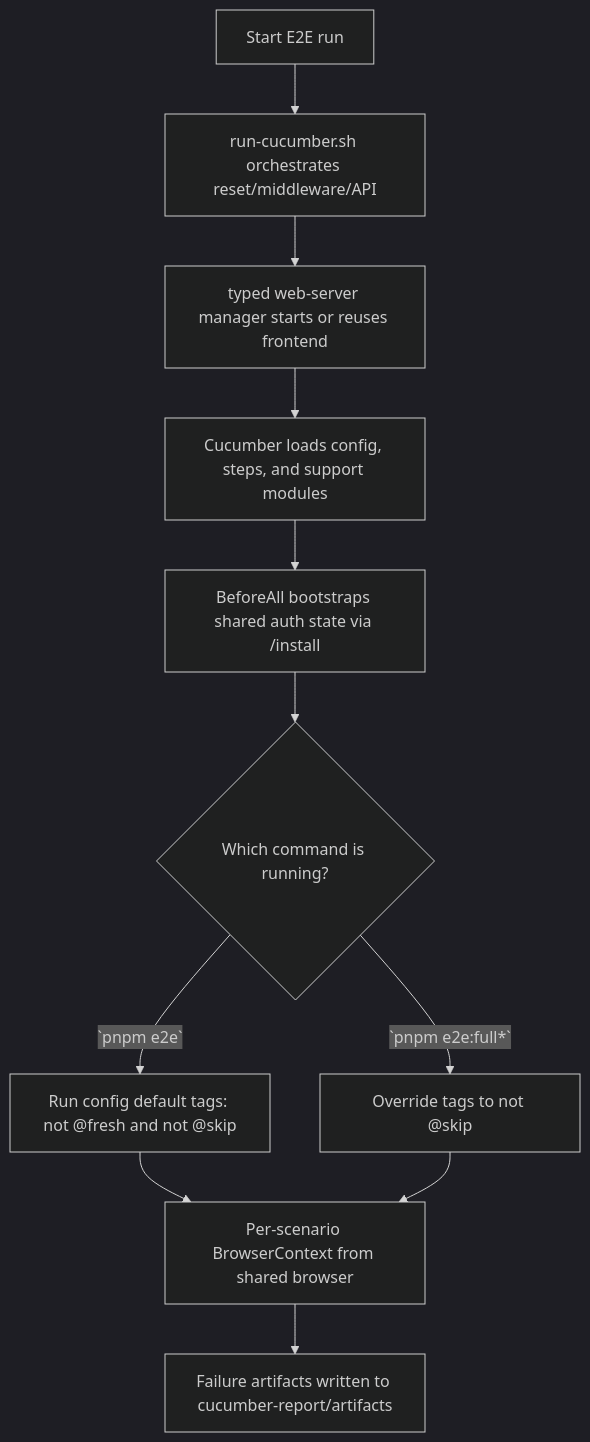
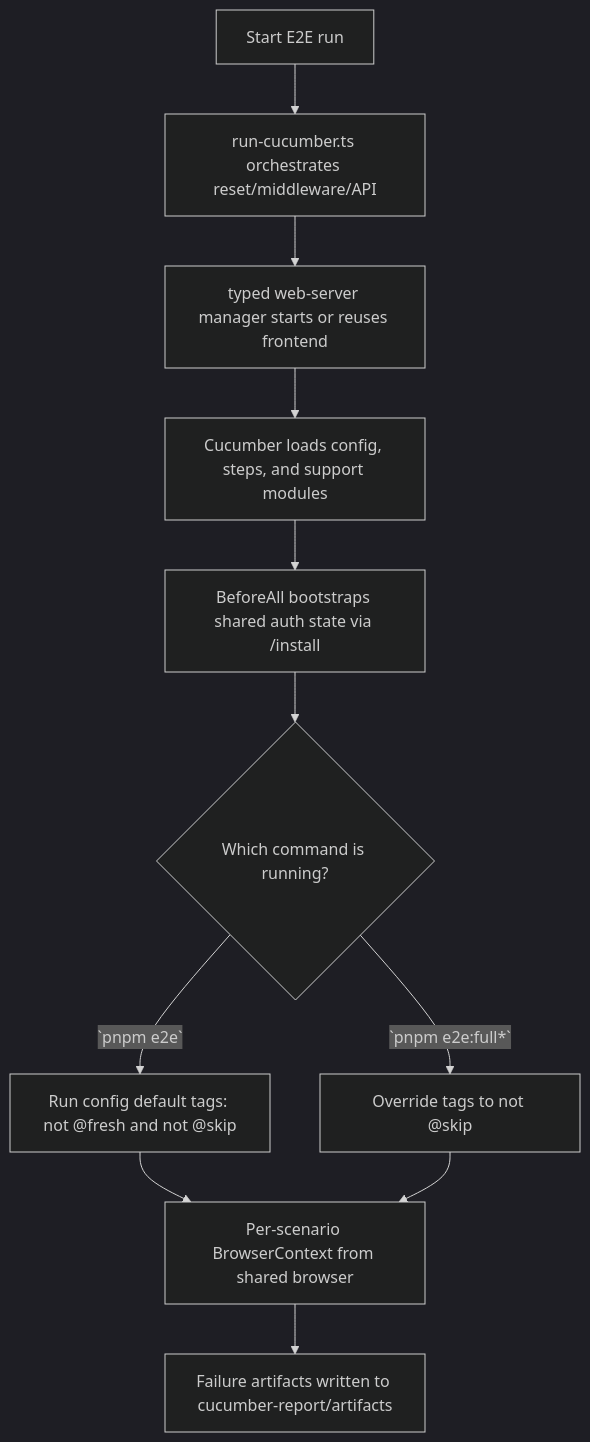
One commit to langgenius/dify changed the diagram in e2e/AGENTS.md. Above: the diagram before and after it, drawn with Mermaid (dark theme). The commit also changed other lines of this file and 19 other files, not shown here.

````diff
--- a/e2e/AGENTS.md
+++ b/e2e/AGENTS.md
@@ -59,13 +59,13 @@
 ```mermaid
 flowchart TD
-  A["Start E2E run"] --> B["run-cucumber.sh orchestrates reset/middleware/API"]
+  A["Start E2E run"] --> B["run-cucumber.ts orchestrates reset/middleware/API"]
   B --> C["typed web-server manager starts or reuses frontend"]
   C --> D["Cucumber loads config, steps, and support modules"]
   D --> E["BeforeAll bootstraps shared auth state via /install"]
   E --> F{"Which command is running?"}
   F -->|`pnpm e2e`| G["Run config default tags: not @fresh and not @skip"]
   F -->|`pnpm e2e:full*`| H["Override tags to not @skip"]
   G --> I["Per-scenario BrowserContext from shared browser"]
   H --> I
   I --> J["Failure artifacts written to cucumber-report/artifacts"]
 ```
````
